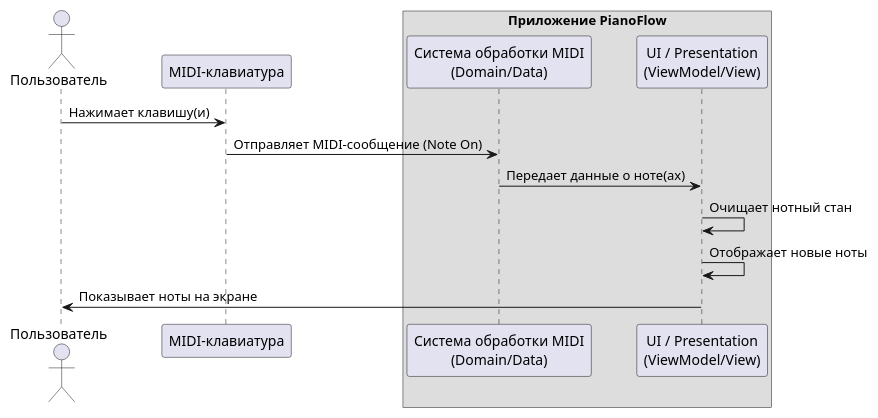
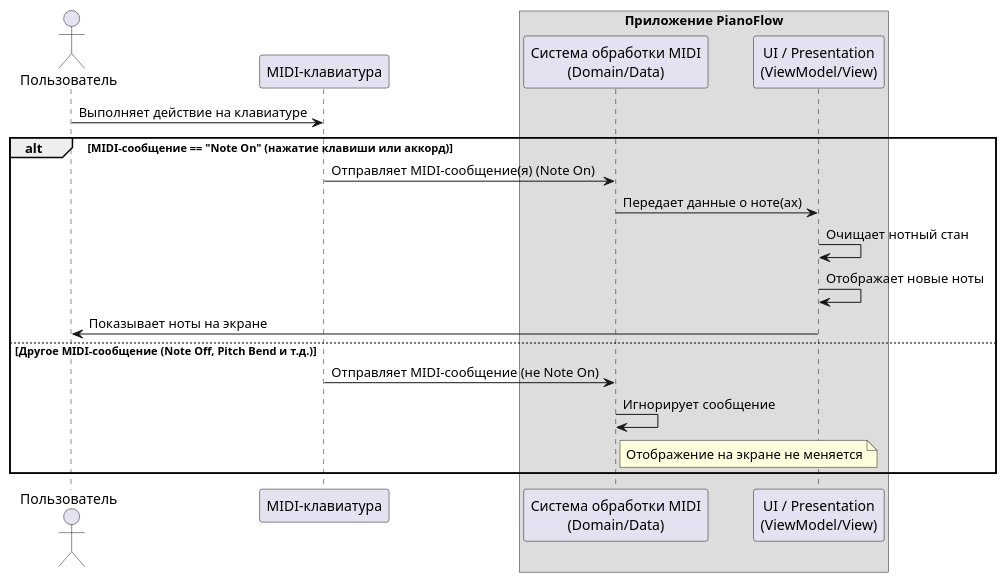
The second of 2 diagrams in docs/uc/MIDI_MESSAGE_PROCESSING.md (astrizhachuk/PianoFlow), drawn with PlantUML before and after one commit. The commit also changed other lines of this file, not shown here.

Commit message:
docs: уточнить диаграмму последовательности для обработки MIDI-сообщений

````diff
--- a/docs/uc/MIDI_MESSAGE_PROCESSING.md
+++ b/docs/uc/MIDI_MESSAGE_PROCESSING.md
@@ -93,18 +91,29 @@
 ```plantuml
 @startuml
 actor Пользователь as User
 participant "MIDI-клавиатура" as Keyboard
 box "Приложение PianoFlow"
   participant "Система обработки MIDI\n(Domain/Data)" as MidiProcessor
   participant "UI / Presentation\n(ViewModel/View)" as UI
 end box
 
-User -> Keyboard : Нажимает клавишу(и)
-Keyboard -> MidiProcessor : Отправляет MIDI-сообщение (Note On)
-MidiProcessor -> UI : Передает данные о ноте(ах)
-UI -> UI : Очищает нотный стан
-UI -> UI : Отображает новые ноты
-UI -> User : Показывает ноты на экране
+User -> Keyboard : Выполняет действие на клавиатуре
+
+alt MIDI-сообщение == "Note On" (нажатие клавиши или аккорд)
+
+    Keyboard -> MidiProcessor : Отправляет MIDI-сообщение(я) (Note On)
+    MidiProcessor -> UI : Передает данные о ноте(ах)
+    UI -> UI : Очищает нотный стан
+    UI -> UI : Отображает новые ноты
+    UI -> User : Показывает ноты на экране
+
+else Другое MIDI-сообщение (Note Off, Pitch Bend и т.д.)
+
+    Keyboard -> MidiProcessor : Отправляет MIDI-сообщение (не Note On)
+    MidiProcessor -> MidiProcessor : Игнорирует сообщение
+    note right of MidiProcessor: Отображение на экране не меняется
+
+end
 
 @enduml
 ```
````
